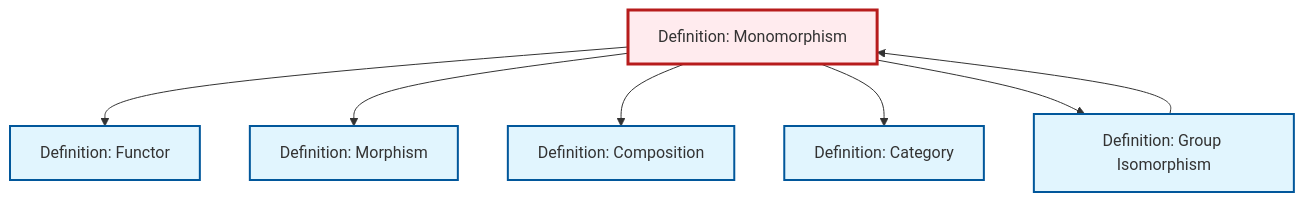
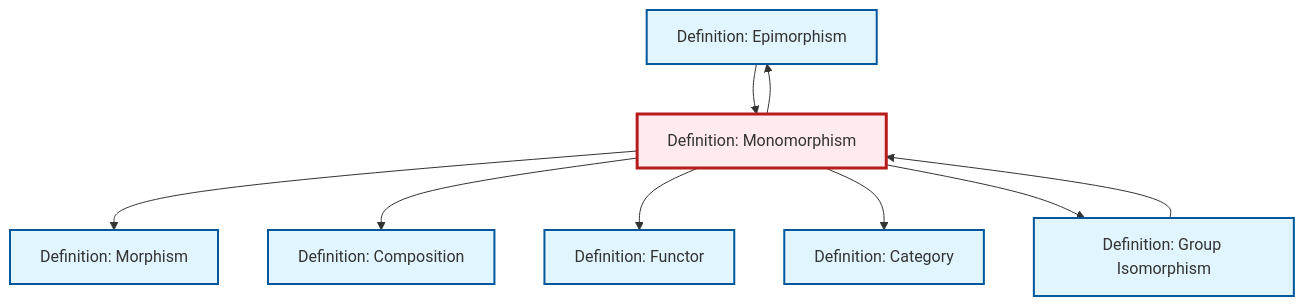
Before and after one commit to RK0429/ModernMath: the diagram in content/en/category-theory/def-monomorphism.qmd, drawn with Mermaid. The commit also changed 597 other files, not shown here.

````diff
--- a/content/en/category-theory/def-monomorphism.qmd
+++ b/content/en/category-theory/def-monomorphism.qmd
@@ -95,27 +95,31 @@
 ```{mermaid}
 %%| fig-cap: "Local dependency graph"
 graph TD
     classDef definition fill:#e1f5fe,stroke:#01579b,stroke-width:2px
     classDef theorem fill:#f3e5f5,stroke:#4a148c,stroke-width:2px
     classDef axiom fill:#fff3e0,stroke:#e65100,stroke-width:2px
     classDef example fill:#e8f5e9,stroke:#1b5e20,stroke-width:2px
     classDef current fill:#ffebee,stroke:#b71c1c,stroke-width:3px
+    def-epimorphism["Definition: Epimorphism"]:::definition
+    def-category["Definition: Category"]:::definition
+    def-isomorphism["Definition: Group Isomorphism"]:::definition
     def-morphism["Definition: Morphism"]:::definition
-    def-category["Definition: Category"]:::definition
     def-monomorphism["Definition: Monomorphism"]:::definition
-    def-isomorphism["Definition: Group Isomorphism"]:::definition
     def-composition["Definition: Composition"]:::definition
     def-functor["Definition: Functor"]:::definition
-    def-monomorphism --> def-functor
+    def-monomorphism --> def-epimorphism
     def-monomorphism --> def-morphism
     def-monomorphism --> def-composition
+    def-monomorphism --> def-functor
+    def-epimorphism --> def-monomorphism
     def-isomorphism --> def-monomorphism
     def-monomorphism --> def-category
     def-monomorphism --> def-isomorphism
     class def-monomorphism current
-    click def-morphism "def-morphism.html" "Go to Morphism definition"
+    click def-epimorphism "def-epimorphism.html" "Go to Epimorphism definition"
     click def-category "def-category.html" "Go to Category definition"
     click def-isomorphism "def-isomorphism.html" "Go to Group Isomorphism definition"
+    click def-morphism "def-morphism.html" "Go to Morphism definition"
     click def-composition "def-composition.html" "Go to Composition definition"
     click def-functor "def-functor.html" "Go to Functor definition"
 ```
````
